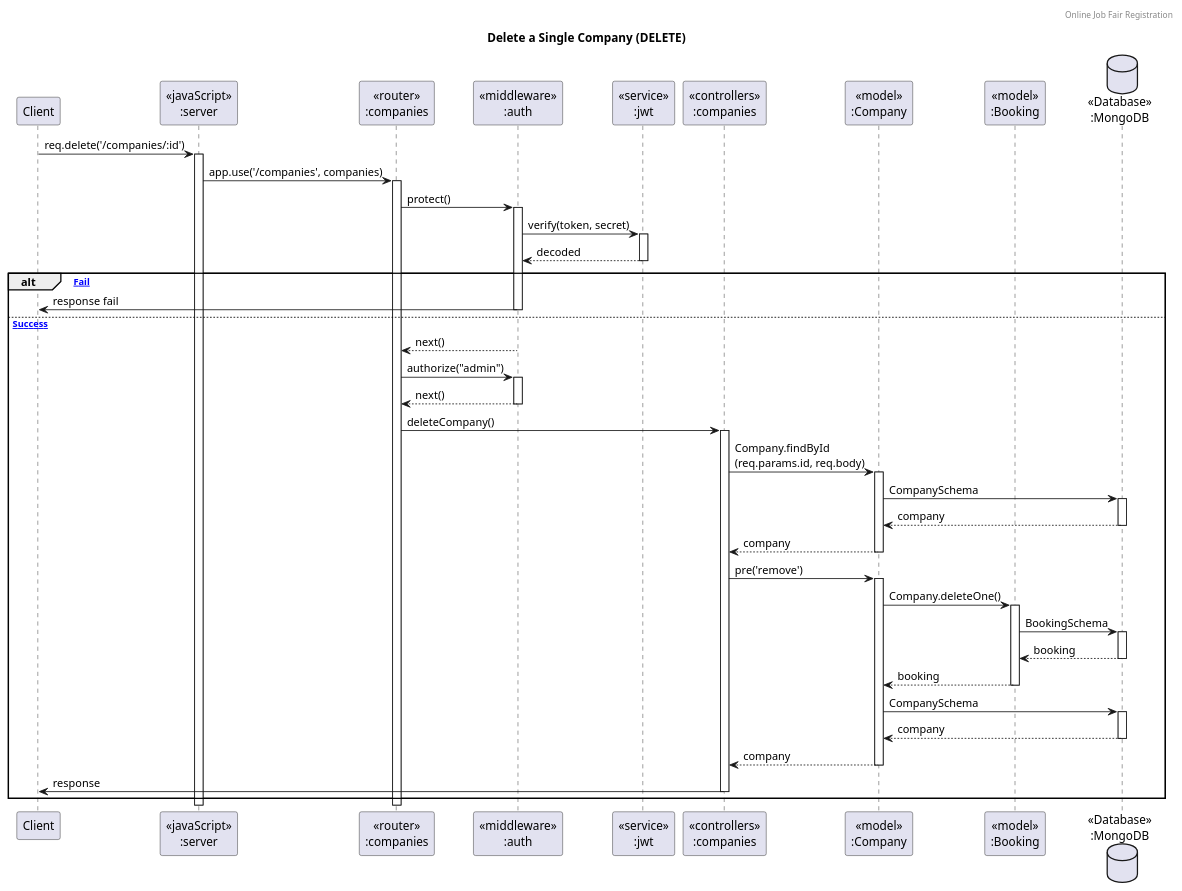
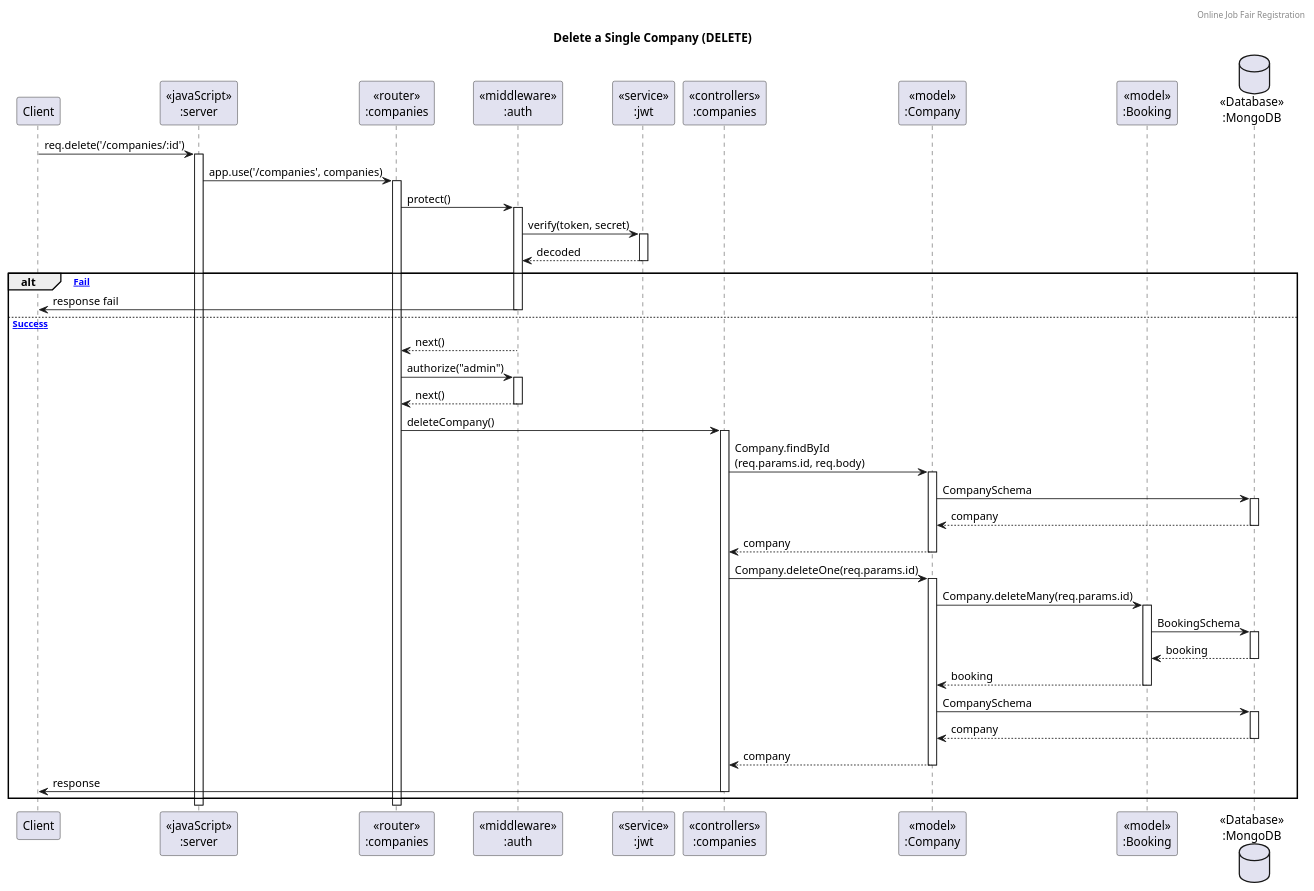
One commit to Bhuribhat/Online-Job-Fair-Registration changed the diagram in assets/UML/SequenceDiagram/Company/delete.puml. Above: the diagram before and after it, drawn with PlantUML. The commit also changed 1 other file, not shown here.

Commit message:
update: delete company diagram

```diff
--- a/assets/UML/SequenceDiagram/Company/delete.puml
+++ b/assets/UML/SequenceDiagram/Company/delete.puml
@@ -1,48 +1,48 @@
 @startuml Manage Company (DELETE)
 
 header Online Job Fair Registration
 title "Delete a Single Company (DELETE)"
 
 participant "Client" as client
 participant "<<javaScript>>\n:server" as server
 participant "<<router>>\n:companies" as routerCompanies
 participant "<<middleware>>\n:auth" as auth
 participant "<<service>>\n:jwt" as jwt
 participant "<<controllers>>\n:companies" as controllersCompanies
 participant "<<model>>\n:Company" as modelCompany
 participant "<<model>>\n:Booking" as modelBooking
 database "<<Database>>\n:MongoDB" as DatabaseSchema
 
 client->server ++:req.delete('/companies/:id')
 server->routerCompanies ++:app.use('/companies', companies)
 routerCompanies -> auth ++:protect()
 auth -> jwt ++:verify(token, secret)
 auth <-- jwt --:decoded
 
 alt [Fail]
     client <- auth --:response fail
 else [Success]
     routerCompanies <-- auth --:next()
     routerCompanies -> auth ++:authorize("admin")
     routerCompanies <-- auth --:next()
 
     routerCompanies -> controllersCompanies ++:deleteCompany()
 
     controllersCompanies->modelCompany ++:Company.findById\n(req.params.id, req.body)
     modelCompany ->DatabaseSchema ++: CompanySchema
     modelCompany <-- DatabaseSchema --: company
     controllersCompanies <-- modelCompany --: company
 
-    controllersCompanies -> modelCompany ++:pre('remove')
-    modelCompany -> modelBooking ++:Company.deleteOne()
+    controllersCompanies -> modelCompany ++:Company.deleteOne(req.params.id)
+    modelCompany -> modelBooking ++:Company.deleteMany(req.params.id)
     modelBooking -> DatabaseSchema ++: BookingSchema
     modelBooking <-- DatabaseSchema --: booking
     modelCompany <-- modelBooking --: booking
     modelCompany -> DatabaseSchema ++: CompanySchema
     modelCompany <-- DatabaseSchema --: company
     controllersCompanies <-- modelCompany --: company
 
     client <- controllersCompanies --:response
 end
 
 @enduml
```
